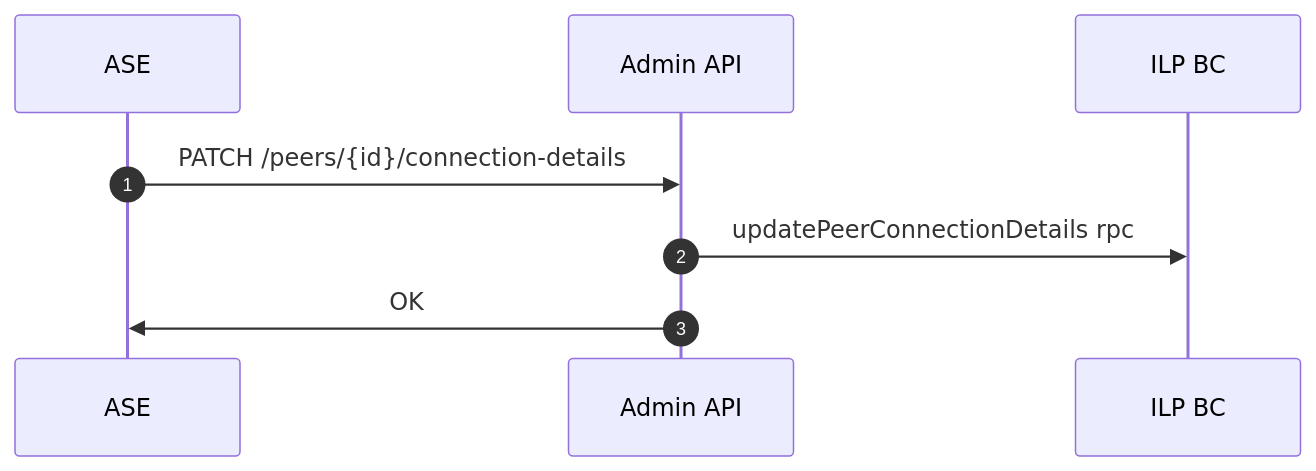
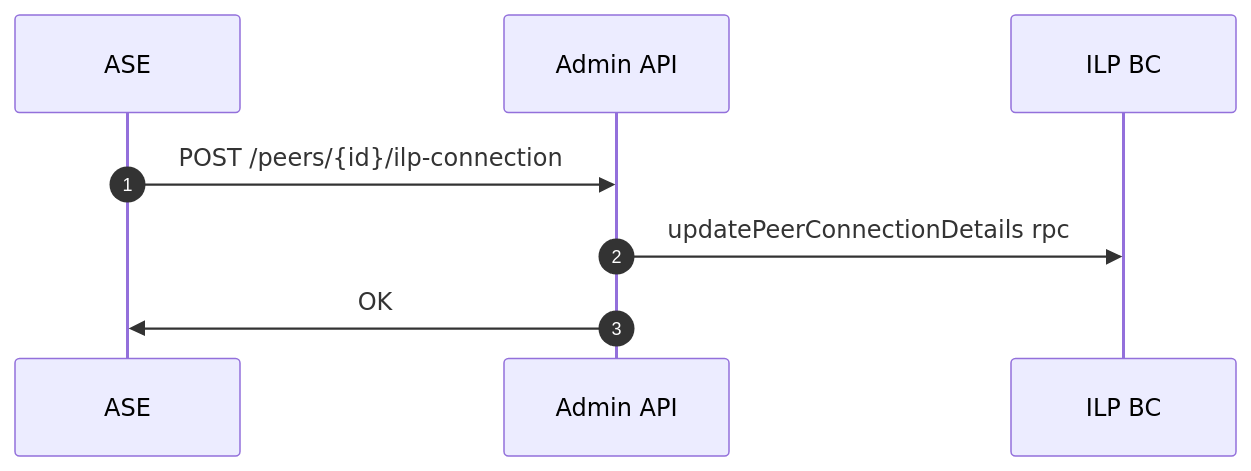
Before and after one commit to JayPokale/rhyza: the fourth of 5 diagrams in internal-docs/sequence-diagrams/Peer Lifecycle.md, drawn with Mermaid. The commit also changed other lines of this file, not shown here.

````diff
--- a/internal-docs/sequence-diagrams/Peer Lifecycle.md
+++ b/internal-docs/sequence-diagrams/Peer Lifecycle.md
@@ -62,11 +62,11 @@
 ```mermaid
 sequenceDiagram
 	autonumber
     participant ASE
     participant AAPI as Admin API
     participant ILPBC as ILP BC
 
-    ASE ->> AAPI: PATCH /peers/{id}/connection-details
+    ASE ->> AAPI: POST /peers/{id}/ilp-connection
     AAPI ->> ILPBC: updatePeerConnectionDetails rpc
     AAPI ->> ASE: OK
 ```
````
